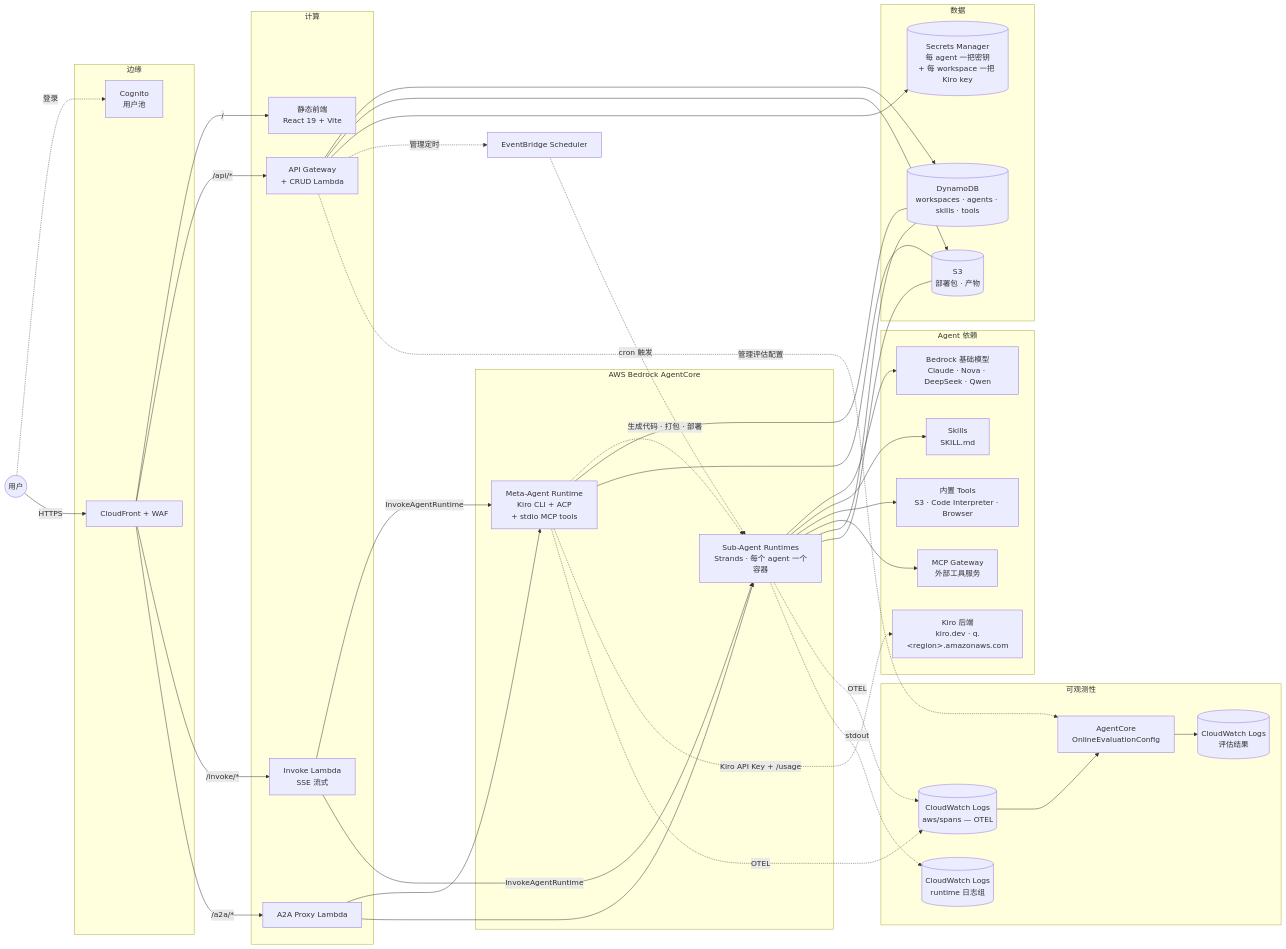
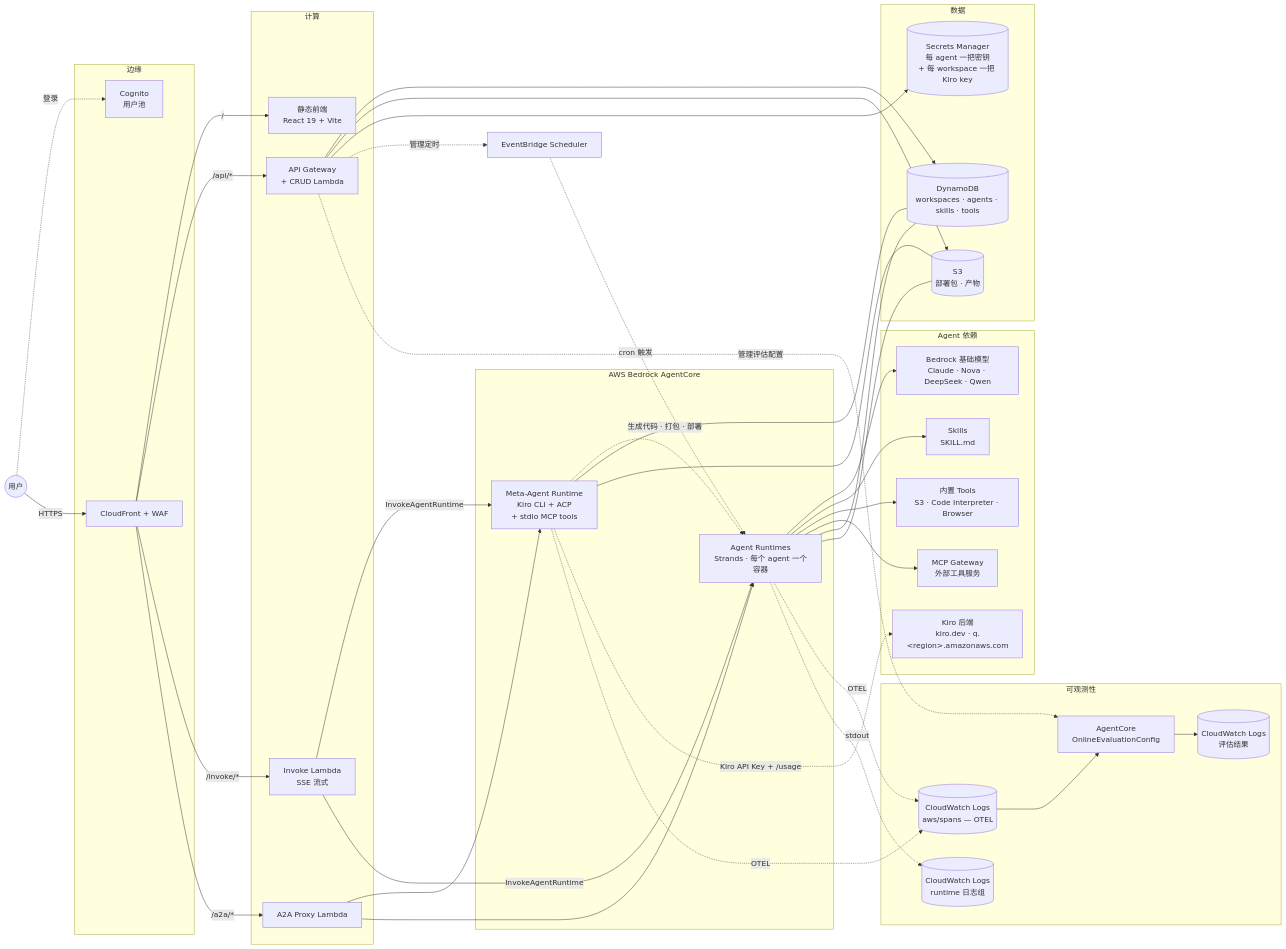
One commit to ddpie/agent-studio changed the first of 2 diagrams in docs/architecture.md. Above: the diagram before and after it, drawn with Mermaid. The commit also changed other lines of this file and 50 other files, not shown here.

First line of the commit message:
docs: rename Sub-Agent → Agent, drop absolute tool/MCP counts

````diff
--- a/docs/architecture.md
+++ b/docs/architecture.md
@@ -7,81 +7,81 @@
 ```mermaid
 graph LR
     User((用户))
 
     subgraph Edge[边缘]
         CF[CloudFront + WAF]
         Cognito[Cognito<br/>用户池]
     end
 
     subgraph Compute[计算]
         FE[静态前端<br/>React 19 + Vite]
         API[API Gateway<br/>+ CRUD Lambda]
         Invoke[Invoke Lambda<br/>SSE 流式]
         A2A[A2A Proxy Lambda]
     end
 
     subgraph AgentCore["AWS Bedrock AgentCore"]
         Meta[Meta-Agent Runtime<br/>Kiro CLI + ACP<br/>+ stdio MCP tools]
-        Sub[Sub-Agent Runtimes<br/>Strands · 每个 agent 一个容器]
+        Sub[Agent Runtimes<br/>Strands · 每个 agent 一个容器]
     end
 
     subgraph Outbound["Agent 依赖"]
         Kiro[Kiro 后端<br/>kiro.dev · q.&lt;region&gt;.amazonaws.com]
         Bedrock[Bedrock 基础模型<br/>Claude · Nova · DeepSeek · Qwen]
         Skills[Skills<br/>SKILL.md]
         Tools[内置 Tools<br/>S3 · Code Interpreter · Browser]
         MCP[MCP Gateway<br/>外部工具服务]
     end
 
     subgraph Data[数据]
         DDB[(DynamoDB<br/>workspaces · agents · skills · tools)]
         S3[(S3<br/>部署包 · 产物)]
         Secrets[(Secrets Manager<br/>每 agent 一把密钥<br/>+ 每 workspace 一把 Kiro key)]
     end
 
     subgraph Observability[可观测性]
         Spans[(CloudWatch Logs<br/>aws/spans — OTEL)]
         RuntimeLogs[(CloudWatch Logs<br/>runtime 日志组)]
         Eval[AgentCore<br/>OnlineEvaluationConfig]
         EvalLogs[(CloudWatch Logs<br/>评估结果)]
     end
 
     EB[EventBridge Scheduler]
 
     User -.登录.-> Cognito
     User -->|HTTPS| CF
     CF -->|/| FE
     CF -->|/api/*| API
     CF -->|/invoke/*| Invoke
     CF -->|/a2a/*| A2A
 
     API --> DDB
     API --> S3
     API --> Secrets
     API -.管理定时.-> EB
     API -.管理评估配置.-> Eval
     Invoke -->|InvokeAgentRuntime| Meta
     Invoke -->|InvokeAgentRuntime| Sub
     A2A --> Meta
     A2A --> Sub
 
     Meta -.生成代码 · 打包 · 部署.-> Sub
     Meta --- DDB
     Meta --- S3
     Meta -.Kiro API Key + /usage.-> Kiro
 
     Sub --> Bedrock
     Sub --> Skills
     Sub --> Tools
     Sub --> MCP
     Sub --- DDB
     Sub --- S3
 
     EB -.cron 触发.-> Sub
 
     Meta -.OTEL.-> Spans
     Sub -.OTEL.-> Spans
     Sub -.stdout.-> RuntimeLogs
     Spans --> Eval
     Eval --> EvalLogs
 ```
````
